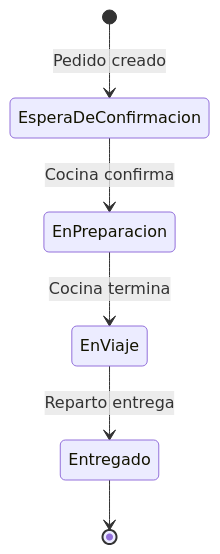
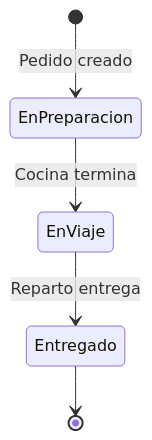
Before and after one commit to Darkops56/PSR-MinimalAPI: the second of 2 diagrams in docs/Der.md, drawn with Mermaid. The commit also changed other lines of this file and 26 other files, not shown here.

````diff
--- a/docs/Der.md
+++ b/docs/Der.md
@@ -90,8 +92,7 @@
 ```mermaid
 stateDiagram-v2
-    [*] --> EsperaDeConfirmacion : Pedido creado
-    EsperaDeConfirmacion --> EnPreparacion : Cocina confirma
+    [*] --> EnPreparacion : Pedido creado
     EnPreparacion --> EnViaje : Cocina termina
     EnViaje --> Entregado : Reparto entrega
     Entregado --> [*]
 ```
````
